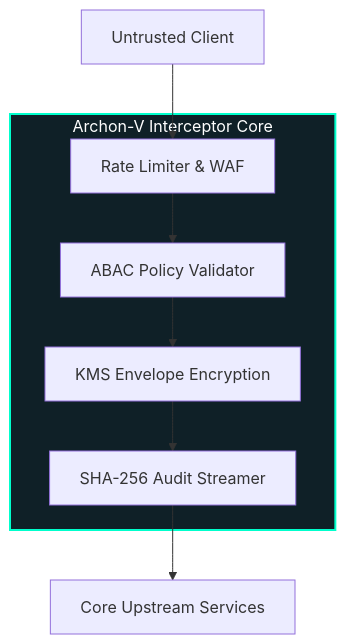
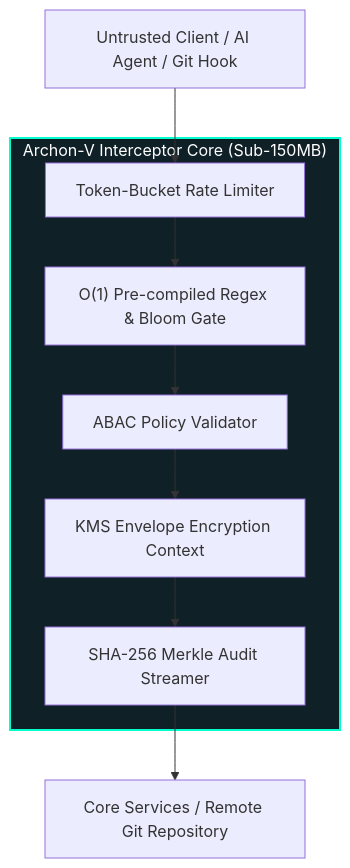
One commit to welzim19-star/archon-v changed the diagram in README.md. Above: the diagram before and after it, drawn with Mermaid. The commit also changed other lines of this file and 9 other files, not shown here.

````diff
--- a/README.md
+++ b/README.md
@@ -24,23 +51,25 @@
 ```mermaid
 flowchart TD
-    Client["Untrusted Client"] 
+    Client["Untrusted Client / AI Agent / Git Hook"] 
     
-    subgraph ARCHON_CORE["Archon-V Interceptor Core"]
-        WAF["Rate Limiter & WAF"]
+    subgraph ARCHON_CORE["Archon-V Interceptor Core (Sub-150MB)"]
+        WAF["Token-Bucket Rate Limiter"]
+        SCAN["O(1) Pre-compiled Regex & Bloom Gate"]
         ABAC["ABAC Policy Validator"]
-        KMS["KMS Envelope Encryption"]
-        Audit["SHA-256 Audit Streamer"]
+        KMS["KMS Envelope Encryption Context"]
+        Audit["SHA-256 Merkle Audit Streamer"]
         
-        WAF --> ABAC
+        WAF --> SCAN
+        SCAN --> ABAC
         ABAC --> KMS
         KMS --> Audit
     end
     
-    Upstream["Core Upstream Services"]
+    Upstream["Core Services / Remote Git Repository"]
 
     Client --> WAF
     Audit --> Upstream
     
     classDef secure fill:#0f2027,stroke:#00ffcc,stroke-width:2px,color:#fff;
     class ARCHON_CORE secure;
 ```
````
